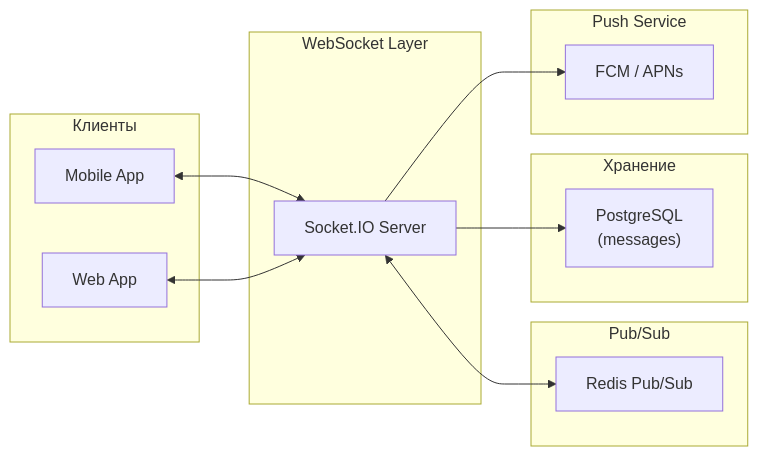
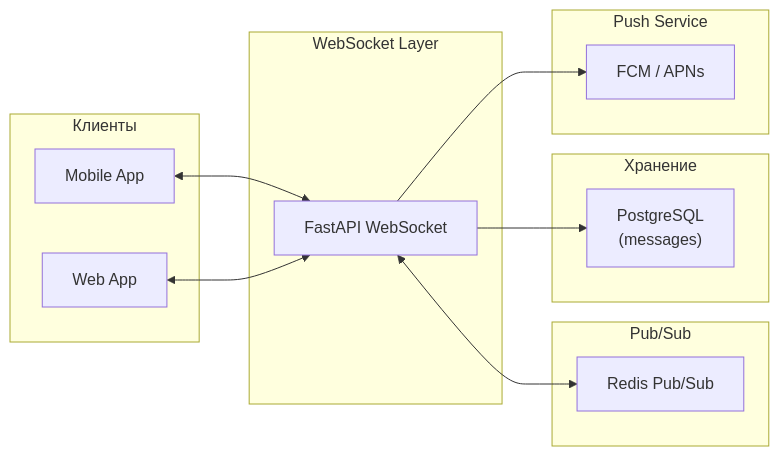
The fifth of 5 diagrams in yolustu_architecture.md (JosephIsrafilov/yolustu), drawn with Mermaid before and after one commit. The commit also changed other lines of this file and 35 other files, not shown here.

````diff
--- a/yolustu_architecture.md
+++ b/yolustu_architecture.md
@@ -172,29 +143,29 @@
 ```mermaid
 graph LR
     subgraph Clients["Клиенты"]
         A["Mobile App"]
         B["Web App"]
     end
 
     subgraph WS["WebSocket Layer"]
-        C["Socket.IO Server"]
+        C["FastAPI WebSocket"]
     end
 
     subgraph PubSub["Pub/Sub"]
         D["Redis Pub/Sub"]
     end
 
     subgraph Storage["Хранение"]
         E["PostgreSQL\n(messages)"]
     end
 
     subgraph Push["Push Service"]
         F["FCM / APNs"]
     end
 
     A <--> C
     B <--> C
     C <--> D
     C --> E
     C --> F
 ```
````
